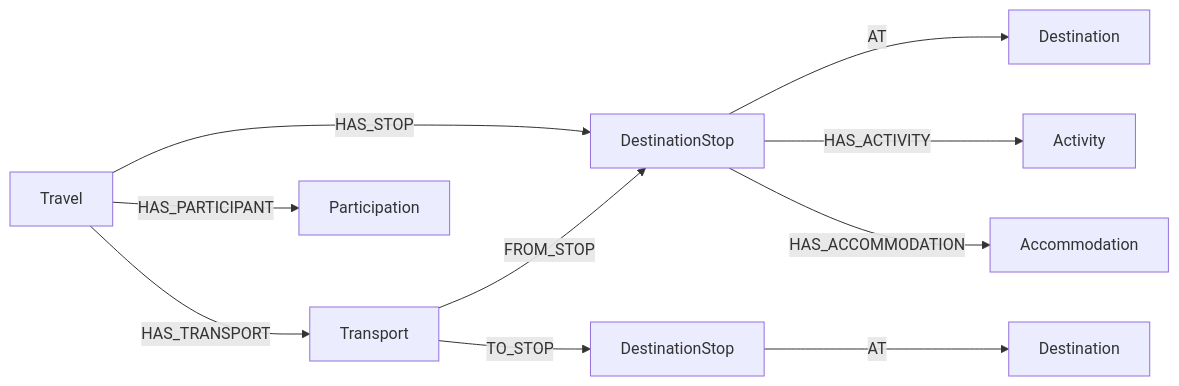
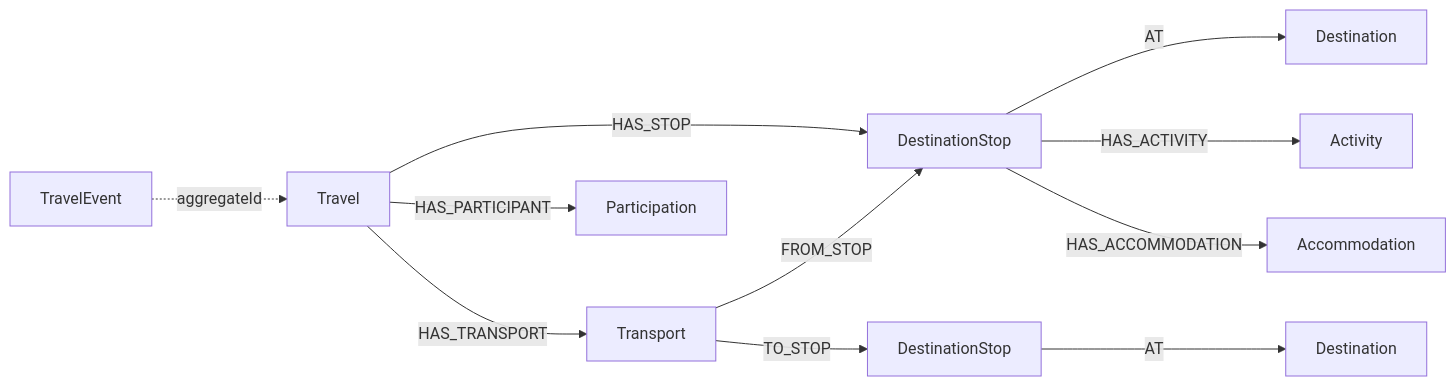
Before and after one commit to SManousis/lets-travel: the diagram in docs/data-model.md, drawn with Mermaid. The commit also changed other lines of this file and 8 other files, not shown here.

````diff
--- a/docs/data-model.md
+++ b/docs/data-model.md
@@ -29,12 +29,13 @@
 ```mermaid
 graph LR
     T[Travel] -->|HAS_STOP| S[DestinationStop]
     S -->|AT| D[Destination]
     S -->|HAS_ACTIVITY| A[Activity]
     S -->|HAS_ACCOMMODATION| H[Accommodation]
     T -->|HAS_TRANSPORT| R[Transport]
     R -->|FROM_STOP| S
     R -->|TO_STOP| S2[DestinationStop]
     S2 -->|AT| D2[Destination]
     T -->|HAS_PARTICIPANT| P[Participation]
+    E[TravelEvent] -.->|aggregateId| T
 ```
````
